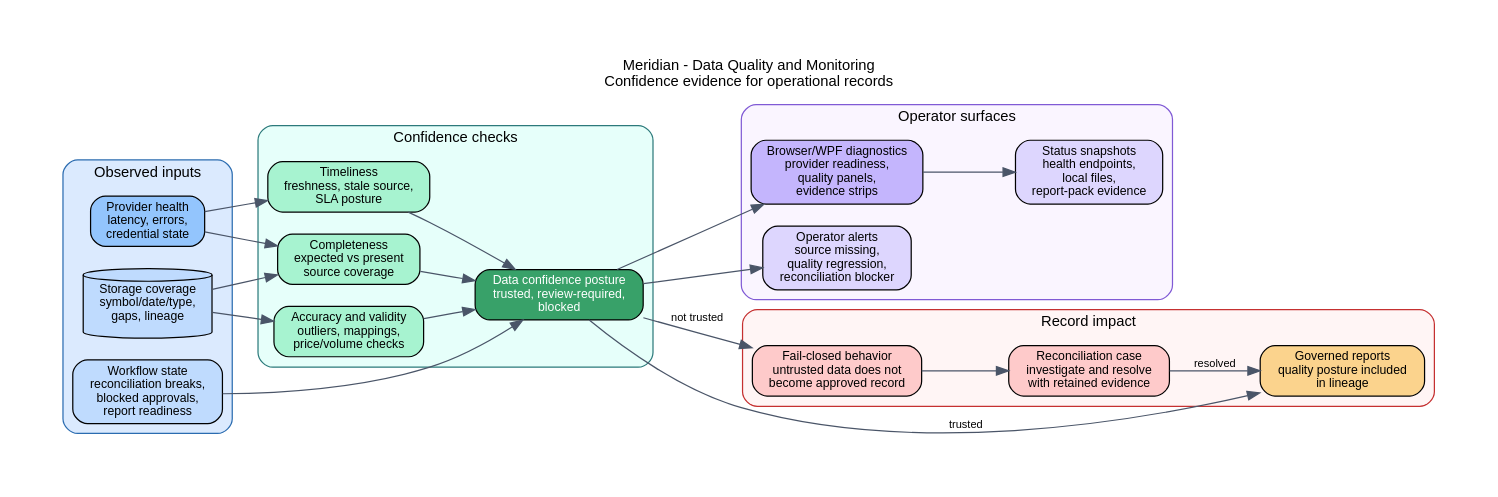
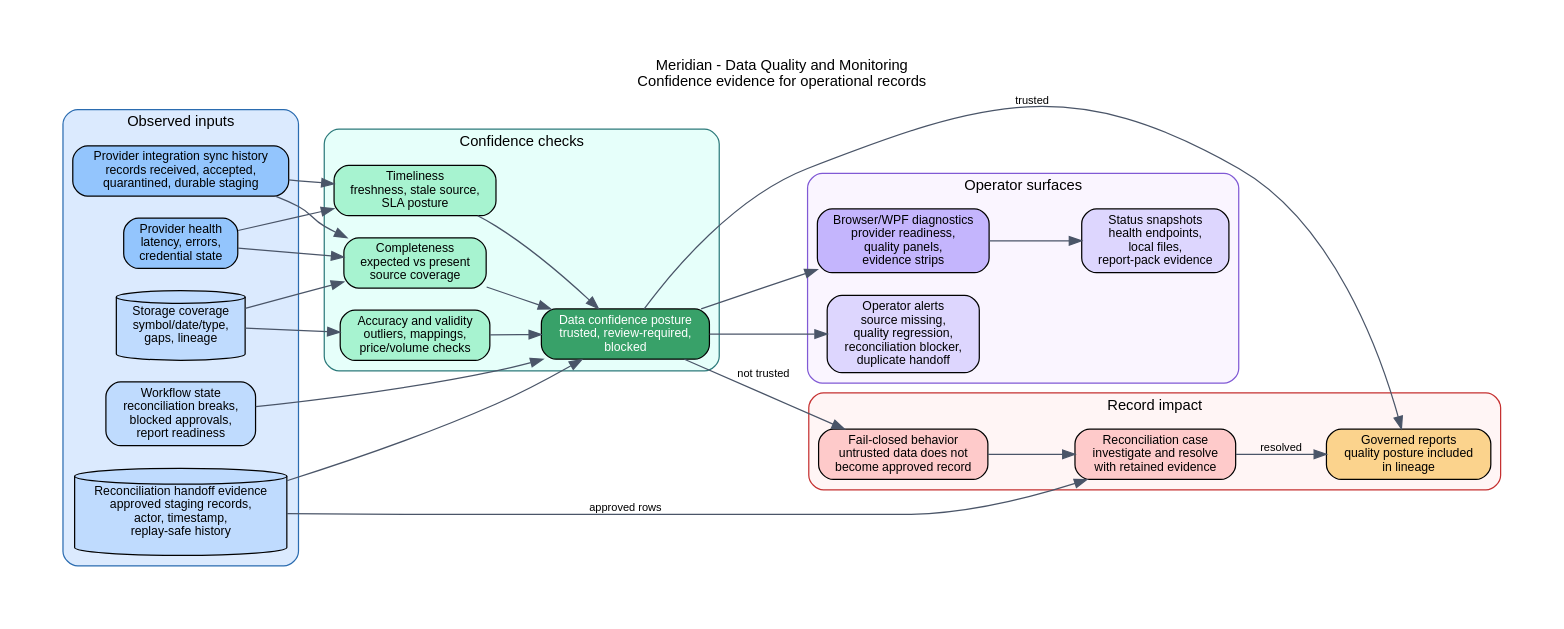
The diagram in docs/diagrams/operations/data-quality-monitoring.dot (rodoHasArrived/Meridian-main), drawn with Graphviz before and after one commit. The commit also changed 161 other files, not shown here.

```diff
--- a/docs/diagrams/operations/data-quality-monitoring.dot
+++ b/docs/diagrams/operations/data-quality-monitoring.dot
@@ -1,89 +1,97 @@
 // Data Quality and Monitoring Diagram
 // Meridian current project stance
-// Last Updated: 2026-06-10
+// Last Updated: 2026-06-16
 //
 // Data quality is framed as confidence evidence for operational records.
 
 digraph DataQualityMonitoring {
   rankdir=LR;
   graph [fontname="Helvetica", fontsize=12, bgcolor="white", compound=true, pad=0.5];
   node  [fontname="Helvetica", fontsize=10, shape=box, style="rounded,filled"];
   edge  [fontname="Helvetica", fontsize=9, color="#4a5568"];
 
   labelloc="t";
   label="Meridian - Data Quality and Monitoring\nConfidence evidence for operational records";
 
   subgraph cluster_sources {
     label="Observed inputs";
     color="#2b6cb0";
     style="rounded";
     bgcolor="#dbeafe";
 
     PROVIDERS [fillcolor="#93c5fd",
       label="Provider health\nlatency, errors,\ncredential state"];
+    SYNC_RUNS [fillcolor="#93c5fd",
+      label="Provider integration sync history\nrecords received, accepted,\nquarantined, durable staging"];
     STORAGE [shape=cylinder, fillcolor="#bfdbfe",
       label="Storage coverage\nsymbol/date/type,\ngaps, lineage"];
     WORKFLOW [fillcolor="#bfdbfe",
       label="Workflow state\nreconciliation breaks,\nblocked approvals,\nreport readiness"];
+    HANDOFFS [shape=cylinder, fillcolor="#bfdbfe",
+      label="Reconciliation handoff evidence\napproved staging records,\nactor, timestamp,\nreplay-safe history"];
   }
 
   subgraph cluster_confidence {
     label="Confidence checks";
     color="#2c7a7b";
     style="rounded";
     bgcolor="#e6fffa";
 
     COMPLETENESS [fillcolor="#a7f3d0",
       label="Completeness\nexpected vs present\nsource coverage"];
     ACCURACY [fillcolor="#a7f3d0",
       label="Accuracy and validity\noutliers, mappings,\nprice/volume checks"];
     TIMELINESS [fillcolor="#a7f3d0",
       label="Timeliness\nfreshness, stale source,\nSLA posture"];
     CONFIDENCE [fillcolor="#38a169", fontcolor="white",
       label="Data confidence posture\ntrusted, review-required,\nblocked"];
   }
 
   subgraph cluster_operator {
     label="Operator surfaces";
     color="#805ad5";
     style="rounded";
     bgcolor="#faf5ff";
 
     DASHBOARD [fillcolor="#c4b5fd",
       label="Browser/WPF diagnostics\nprovider readiness,\nquality panels,\nevidence strips"];
     ALERTS [fillcolor="#ddd6fe",
-      label="Operator alerts\nsource missing,\nquality regression,\nreconciliation blocker"];
+      label="Operator alerts\nsource missing,\nquality regression,\nreconciliation blocker,\nduplicate handoff"];
     STATUS [fillcolor="#ddd6fe",
       label="Status snapshots\nhealth endpoints,\nlocal files,\nreport-pack evidence"];
   }
 
   subgraph cluster_record {
     label="Record impact";
     color="#c53030";
     style="rounded";
     bgcolor="#fff5f5";
 
     FAIL_CLOSED [fillcolor="#fecaca",
       label="Fail-closed behavior\nuntrusted data does not\nbecome approved record"];
     RECON [fillcolor="#fecaca",
       label="Reconciliation case\ninvestigate and resolve\nwith retained evidence"];
     REPORTS [fillcolor="#fbd38d",
       label="Governed reports\nquality posture included\nin lineage"];
   }
 
   PROVIDERS -> COMPLETENESS;
+  SYNC_RUNS -> COMPLETENESS;
+  SYNC_RUNS -> TIMELINESS;
   STORAGE -> COMPLETENESS;
   STORAGE -> ACCURACY;
   PROVIDERS -> TIMELINESS;
   WORKFLOW -> CONFIDENCE;
+  HANDOFFS -> CONFIDENCE;
   COMPLETENESS -> CONFIDENCE;
   ACCURACY -> CONFIDENCE;
   TIMELINESS -> CONFIDENCE;
   CONFIDENCE -> DASHBOARD;
   CONFIDENCE -> ALERTS;
   DASHBOARD -> STATUS;
   CONFIDENCE -> FAIL_CLOSED [label="not trusted"];
   FAIL_CLOSED -> RECON;
+  HANDOFFS -> RECON [label="approved rows"];
   CONFIDENCE -> REPORTS [label="trusted"];
   RECON -> REPORTS [label="resolved"];
 }
```
